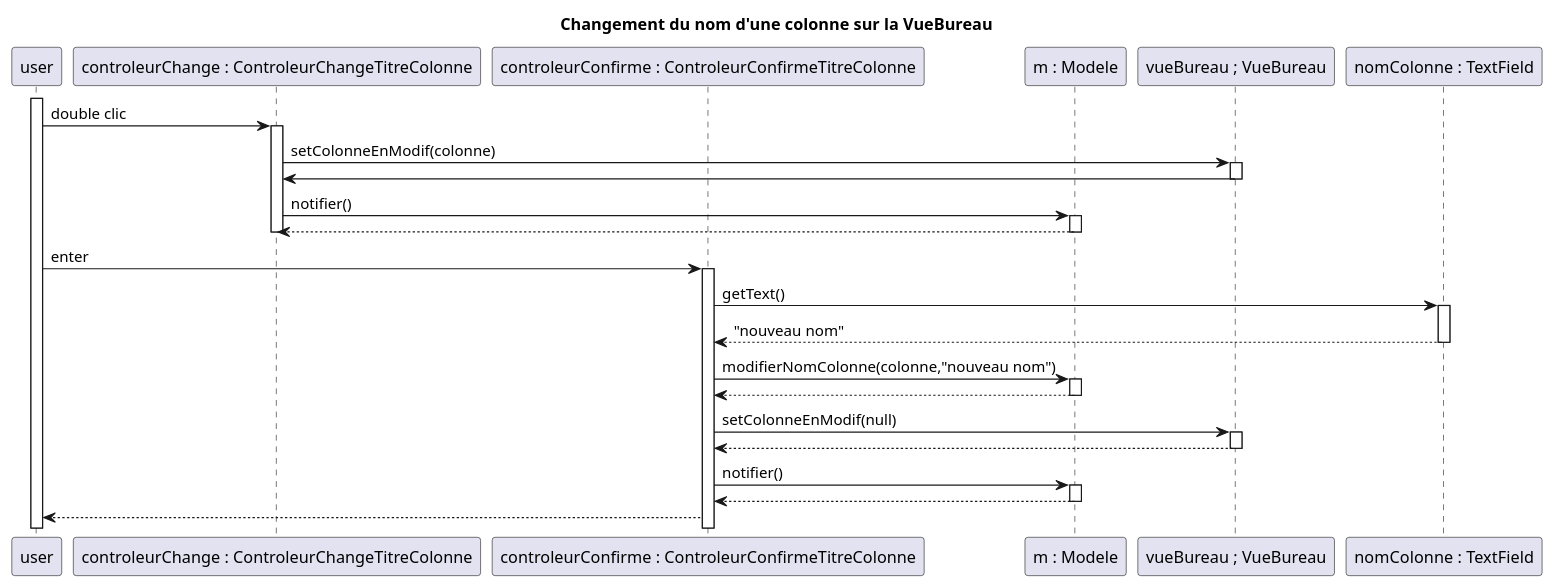
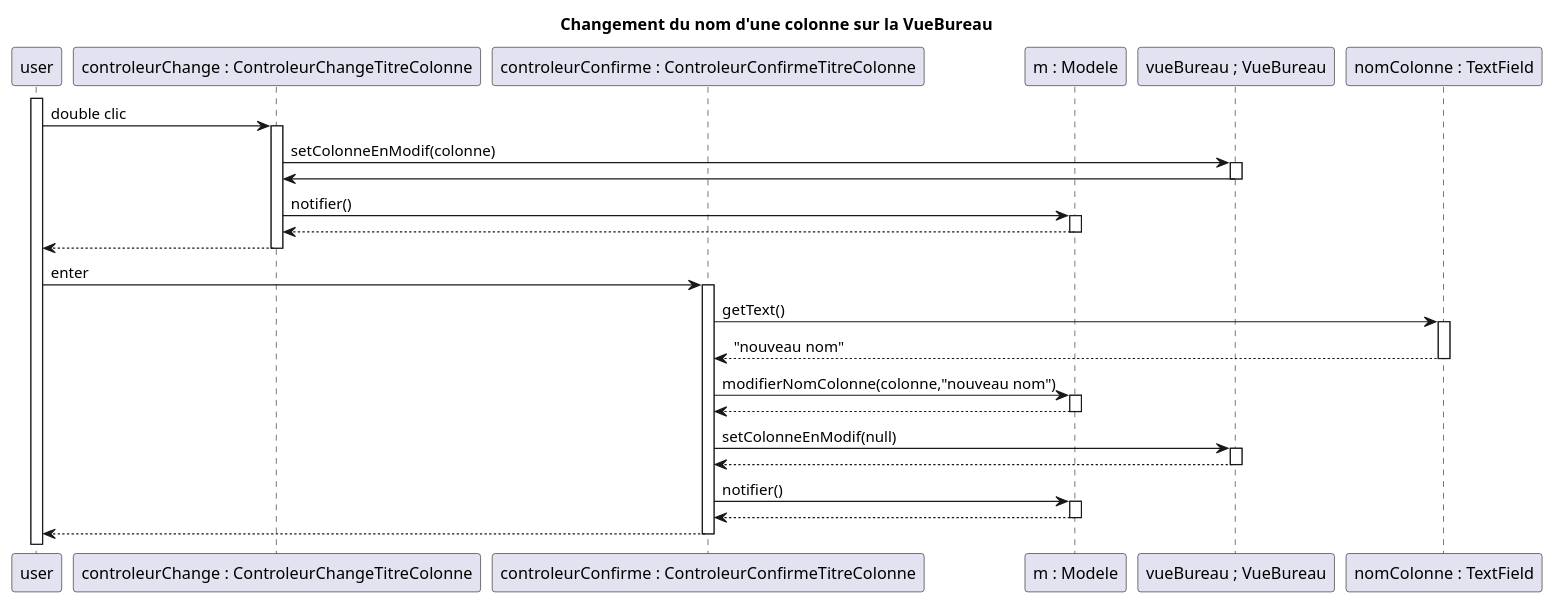
One commit to AlexanderCARNET/SAE_3_01_dev_application changed the diagram in Ollert_QDEV/diagrammes/iteration3/DiagrammeChangerNomColonneVueBureau.puml. Above: the diagram before and after it, drawn with PlantUML.

Commit message:
[UPDATE] petite reparation de deactivate sur le diagramme de sequence du changement de nom d'une colonne sur la vue Bureau

```diff
--- a/Ollert_QDEV/diagrammes/iteration3/DiagrammeChangerNomColonneVueBureau.puml
+++ b/Ollert_QDEV/diagrammes/iteration3/DiagrammeChangerNomColonneVueBureau.puml
@@ -1,49 +1,51 @@
 @startuml
 'https://plantuml.com/sequence-diagram
 
 title Changement du nom d'une colonne sur la VueBureau
 
 participant user
 participant "controleurChange : ControleurChangeTitreColonne" as CChange
 participant "controleurConfirme : ControleurConfirmeTitreColonne" as CConfirme
 participant "m : Modele" as m
 participant "vueBureau ; VueBureau" as VB
 participant "nomColonne : TextField" as t
 
 activate user
 user -> CChange : double clic
 activate CChange
 CChange -> VB : setColonneEnModif(colonne)
 activate VB
 VB -> CChange
 deactivate VB
 CChange -> m : notifier()
 activate m
 m --> CChange
 deactivate m
+CChange --> user
 deactivate CChange
 
 user -> CConfirme : enter
 activate CConfirme
 
 CConfirme -> t : getText()
 activate t
 t --> CConfirme : "nouveau nom"
 deactivate t
 
 CConfirme -> m : modifierNomColonne(colonne,"nouveau nom")
 activate m
 m--> CConfirme
 deactivate m
 CConfirme -> VB : setColonneEnModif(null)
 activate VB
 VB --> CConfirme
 deactivate VB
 CConfirme -> m : notifier()
 activate m
 m--> CConfirme
 deactivate m
 CConfirme --> user
+deactivate CConfirme
 
 
 @enduml
```
